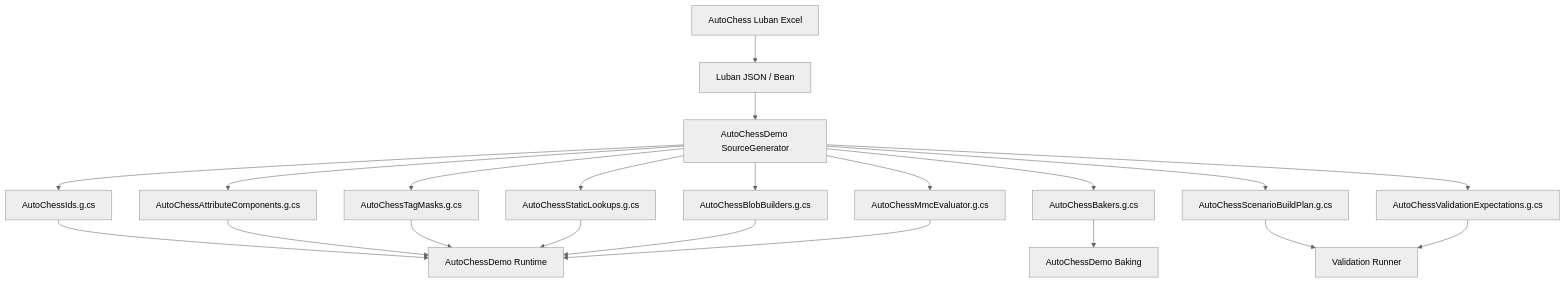
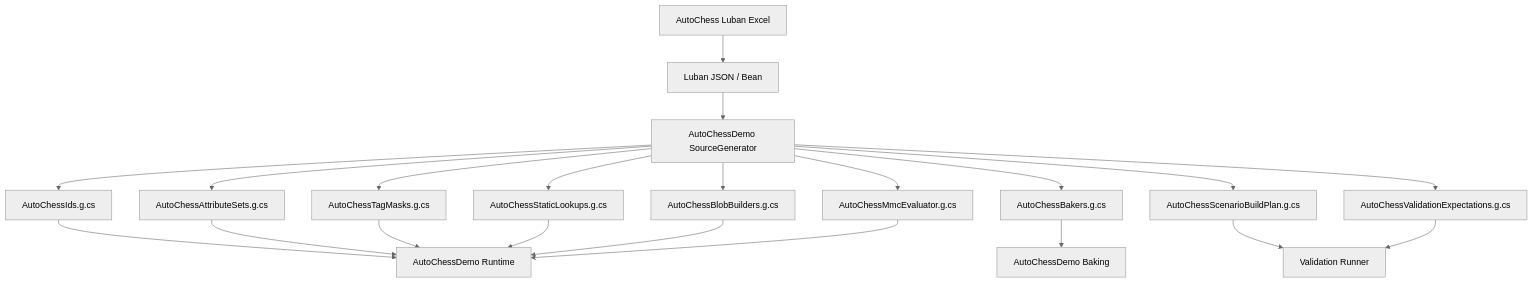
One commit to Bo-ki/gameplay-ability-system-for-unity changed the first of 2 diagrams in 方案讨论/针对2.0的ECS架构的迭代方案讨论/01-目标态架构共识/11-AutoChessDemo-Luban配置方案Spec.md. Above: the diagram before and after it, drawn with Mermaid (neutral theme). The commit also changed other lines of this file and 455 other files, not shown here.

````diff
--- a/方案讨论/针对2.0的ECS架构的迭代方案讨论/01-目标态架构共识/11-AutoChessDemo-Luban配置方案Spec.md
+++ b/方案讨论/针对2.0的ECS架构的迭代方案讨论/01-目标态架构共识/11-AutoChessDemo-Luban配置方案Spec.md
@@ -259,23 +259,23 @@
 ```mermaid
 flowchart TD
     Excel["AutoChess Luban Excel"] --> Luban["Luban JSON / Bean"]
     Luban --> Gen["AutoChessDemo SourceGenerator"]
     Gen --> Ids["AutoChessIds.g.cs"]
-    Gen --> Attrs["AutoChessAttributeComponents.g.cs"]
+    Gen --> Attrs["AutoChessAttributeSets.g.cs"]
     Gen --> Tags["AutoChessTagMasks.g.cs"]
     Gen --> Lookups["AutoChessStaticLookups.g.cs"]
     Gen --> Blobs["AutoChessBlobBuilders.g.cs"]
     Gen --> Mmc["AutoChessMmcEvaluator.g.cs"]
     Gen --> Bakers["AutoChessBakers.g.cs"]
     Gen --> Scenario["AutoChessScenarioBuildPlan.g.cs"]
     Gen --> Validate["AutoChessValidationExpectations.g.cs"]
     Ids --> Runtime["AutoChessDemo Runtime"]
     Attrs --> Runtime
     Tags --> Runtime
     Lookups --> Runtime
     Blobs --> Runtime
     Mmc --> Runtime
     Bakers --> Baking["AutoChessDemo Baking"]
     Scenario --> Validation["Validation Runner"]
     Validate --> Validation
 ```
````
